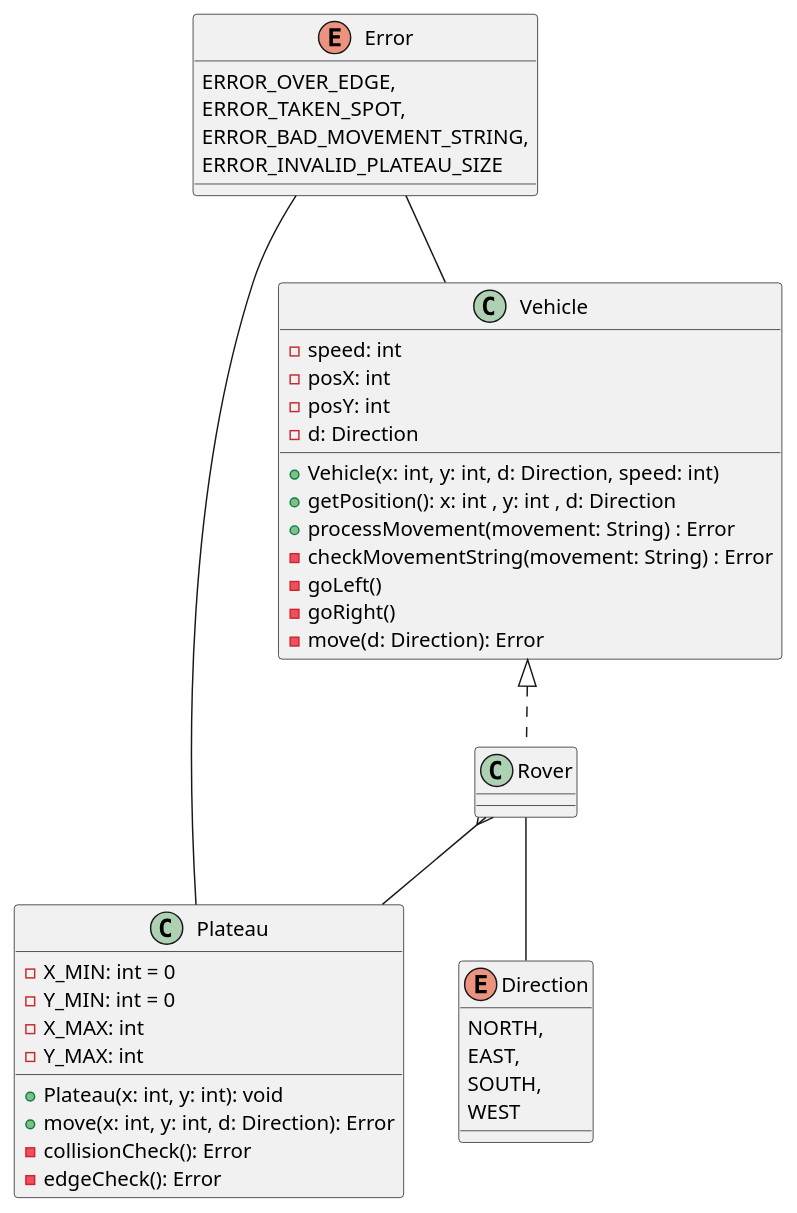
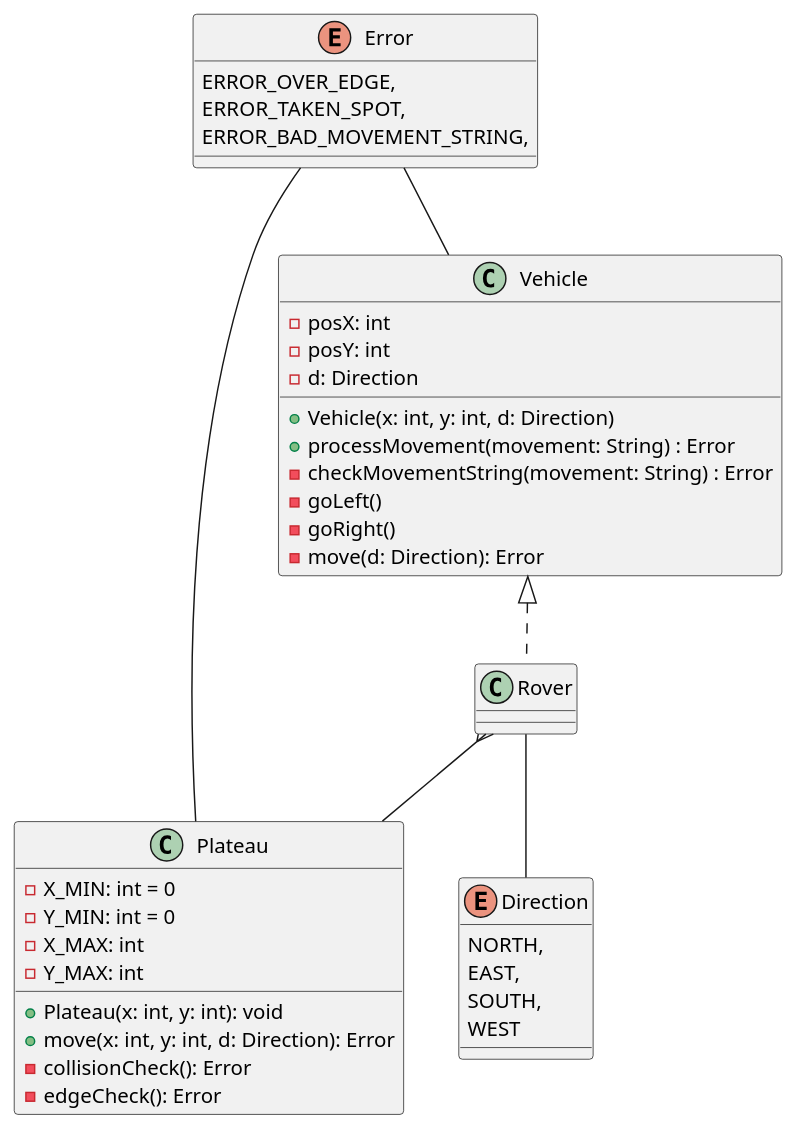
Before and after one commit to abinormal/mars-rover-kata: the diagram in mars-rover.puml, drawn with PlantUML. The commit also changed 3 other files, not shown here.

```diff
--- a/mars-rover.puml
+++ b/mars-rover.puml
@@ -1,55 +1,52 @@
 @startuml
 'https://plantuml.com/class-diagram
 
 Rover }-- Plateau
 Rover -- Direction
 
 Error -- Plateau
 Error -- Vehicle
 
 class Plateau {
 - X_MIN: int = 0
 - Y_MIN: int = 0
 - X_MAX: int
 - Y_MAX: int
 
 + Plateau(x: int, y: int): void
 + move(x: int, y: int, d: Direction): Error
 - collisionCheck(): Error
 - edgeCheck(): Error
 }
 
 class Vehicle {
-    - speed: int
     - posX: int
     - posY: int
     - d: Direction
 
-    + Vehicle(x: int, y: int, d: Direction, speed: int)
-    + getPosition(): x: int , y: int , d: Direction
+    + Vehicle(x: int, y: int, d: Direction)
     + processMovement(movement: String) : Error
     - checkMovementString(movement: String) : Error
     - goLeft()
     - goRight()
     - move(d: Direction): Error
 }
 
 class Rover implements Vehicle {
 }
 
 
 enum Error {
     ERROR_OVER_EDGE,
     ERROR_TAKEN_SPOT,
     ERROR_BAD_MOVEMENT_STRING,
-    ERROR_INVALID_PLATEAU_SIZE
 }
 
 enum Direction {
 NORTH,
 EAST,
 SOUTH,
 WEST
 }
 
 @enduml
```
